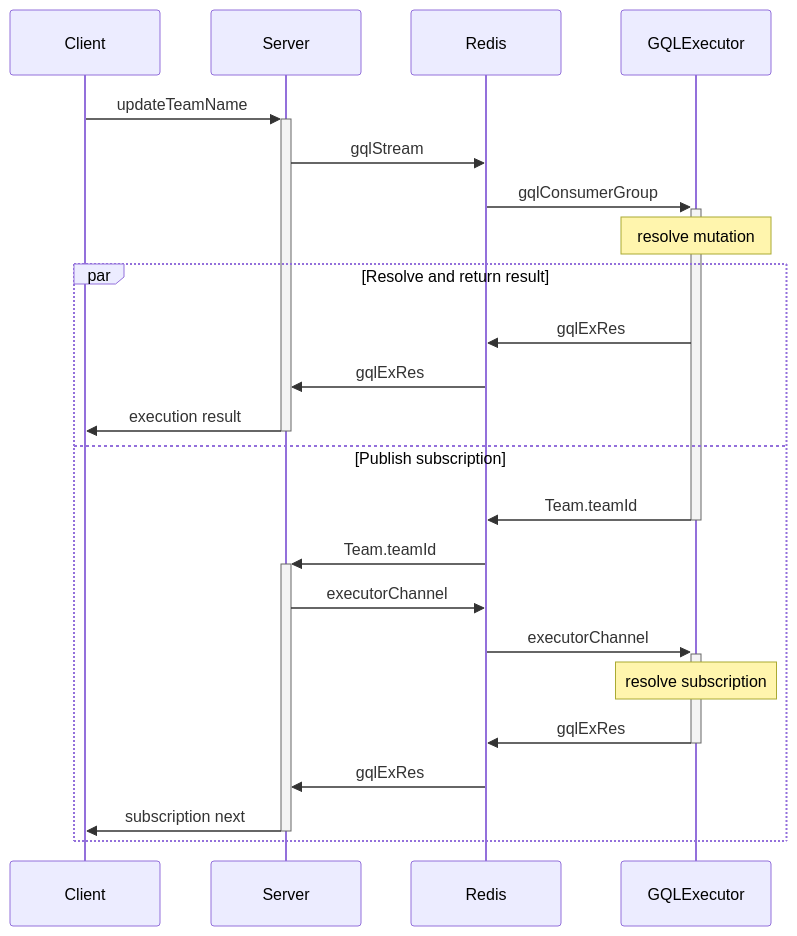
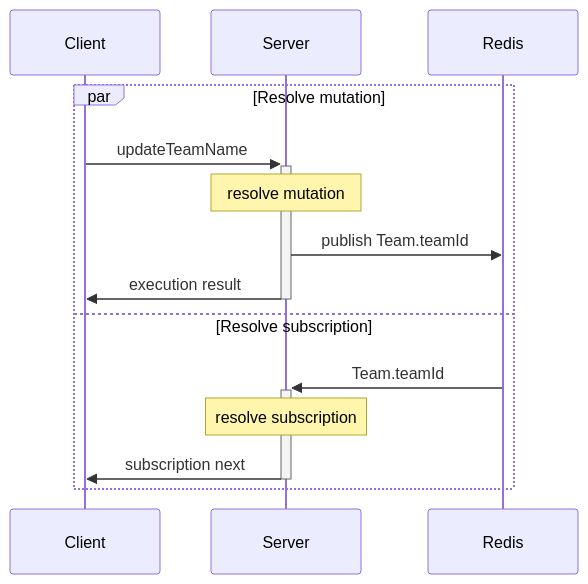
One commit to ParabolInc/parabol changed the second of 2 diagrams in docs/serviceDiagram.md. Above: the diagram before and after it, drawn with Mermaid. The commit also changed other lines of this file, not shown here.

Commit message:
chore: Update service diagram

````diff
--- a/docs/serviceDiagram.md
+++ b/docs/serviceDiagram.md
@@ -37,27 +29,18 @@
 ```mermaid
 sequenceDiagram
   participant Client
   participant Server
   participant Redis
-  participant GQLExecutor
 
-  Client ->>+ Server: updateTeamName
-  Server ->> Redis: gqlStream
-  Redis ->>+ GQLExecutor: gqlConsumerGroup
-  note over GQLExecutor: resolve mutation
-  par Resolve and return result
-    GQLExecutor ->> Redis: gqlExRes
-    Redis ->> Server: gqlExRes
+  par Resolve mutation
+    Client ->>+ Server: updateTeamName
+    note over Server: resolve mutation
+    Server ->> Redis: publish Team.teamId
     Server ->>- Client: execution result
-  and Publish subscription
-    GQLExecutor ->>- Redis: Team.teamId
+  and Resolve subscription
     Redis ->>+ Server: Team.teamId
-    Server ->> Redis: executorChannel
-    Redis ->>+ GQLExecutor: executorChannel
-    note over GQLExecutor: resolve subscription
-    GQLExecutor ->>- Redis: gqlExRes
-    Redis ->> Server: gqlExRes
+    note over Server: resolve subscription
     Server ->>- Client: subscription next
   end
 
 ```
````
